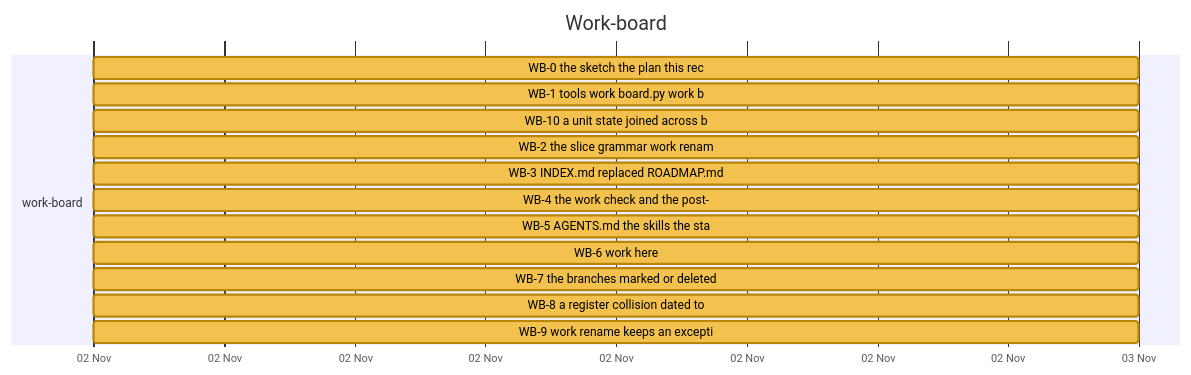
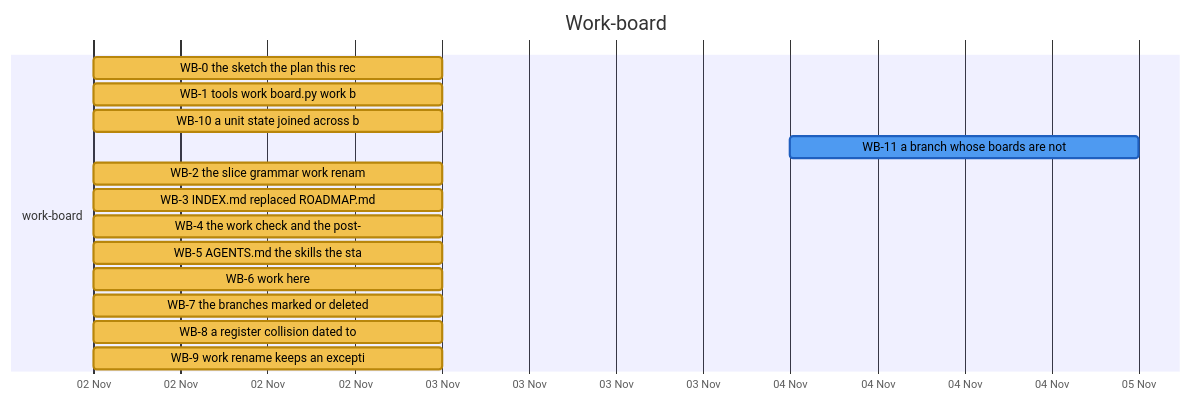
Diagram 16 of 25 in docs/developer/ROADMAP.md (nebularis/lattice), drawn with Mermaid before and after one commit. The commit also changed other lines of this file and 4 other files, not shown here.

First line of the commit message:
WB-11: a branch whose boards are not on the grammar is read as such, never as moving every old id

````diff
--- a/docs/developer/ROADMAP.md
+++ b/docs/developer/ROADMAP.md
@@ -473,19 +449,20 @@
 ```mermaid
 %%{init: {"themeVariables": {"taskBkgColor": "#f2c14e", "taskBorderColor": "#b8860b", "taskTextColor": "#000000", "activeTaskBkgColor": "#4e9af1", "activeTaskBorderColor": "#1f5fbf", "activeTaskBorderColor": "#1f5fbf", "doneTaskBkgColor": "#8fcf8f", "doneTaskBorderColor": "#2f7d32", "critBkgColor": "#f28b82", "critBorderColor": "#b23a30", "taskTextDarkColor": "#000000", "taskTextLightColor": "#000000"}}}%%
 gantt
     title Work-board
     dateFormat YYYY-MM-DD
     axisFormat %d %b
     section work-board
     WB-0 the sketch the plan this rec :wb0, 2026-11-02, 2026-11-03
     WB-1 tools work board.py work b :wb1, 2026-11-02, 2026-11-03
     WB-10 a unit state joined across b :wb10, 2026-11-02, 2026-11-03
+    WB-11 a branch whose boards are not :active, wb11, 2026-11-04, 2026-11-05
     WB-2 the slice grammar work renam :wb2, 2026-11-02, 2026-11-03
     WB-3 INDEX.md replaced ROADMAP.md :wb3, 2026-11-02, 2026-11-03
     WB-4 the work check and the post- :wb4, 2026-11-02, 2026-11-03
     WB-5 AGENTS.md the skills the sta :wb5, 2026-11-02, 2026-11-03
     WB-6 work here :wb6, 2026-11-02, 2026-11-03
     WB-7 the branches marked or deleted :wb7, 2026-11-02, 2026-11-03
     WB-8 a register collision dated to :wb8, 2026-11-02, 2026-11-03
     WB-9 work rename keeps an excepti :wb9, 2026-11-02, 2026-11-03
 ```
````
